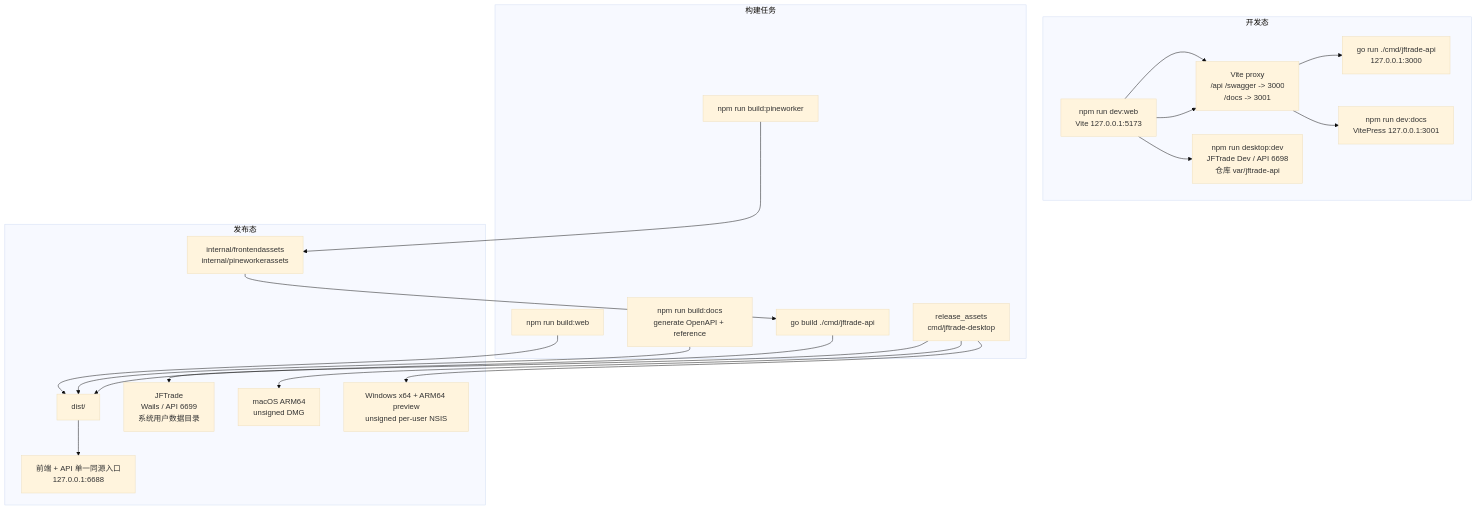
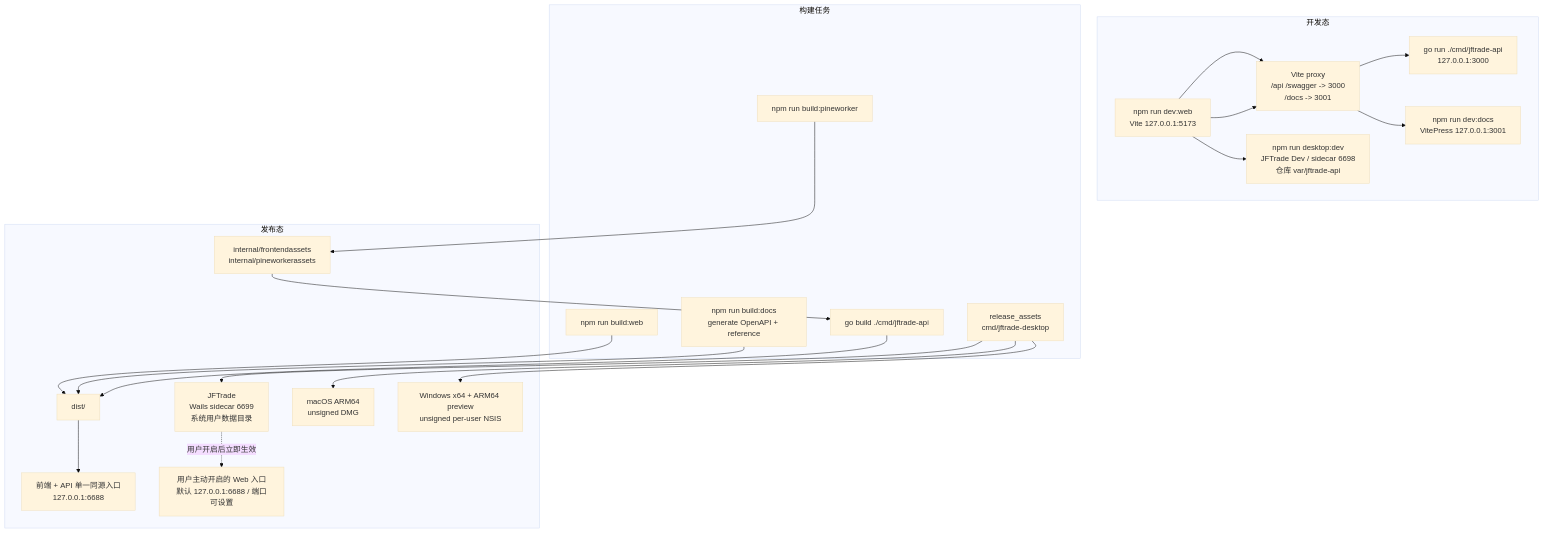
The third of 3 diagrams in docs/architecture-mermaid.md (Dennishaha/JFTrade), drawn with Mermaid (base theme) before and after one commit. The commit also changed other lines of this file and 68 other files, not shown here.

Commit message:
feat: add secure optional web access

````diff
--- a/docs/architecture-mermaid.md
+++ b/docs/architecture-mermaid.md
@@ -204,42 +204,44 @@
 ```mermaid
 flowchart TB
     subgraph Dev["开发态"]
         DevAPI["go run ./cmd/jftrade-api<br/>127.0.0.1:3000"]
         DevWeb["npm run dev:web<br/>Vite 127.0.0.1:5173"]
         DevDocs["npm run dev:docs<br/>VitePress 127.0.0.1:3001"]
         Proxy["Vite proxy<br/>/api /swagger -> 3000<br/>/docs -> 3001"]
-        DesktopDev["npm run desktop:dev<br/>JFTrade Dev / API 6698<br/>仓库 var/jftrade-api"]
+        DesktopDev["npm run desktop:dev<br/>JFTrade Dev / sidecar 6698<br/>仓库 var/jftrade-api"]
     end
 
     subgraph Build["构建任务"]
         BuildWeb["npm run build:web"]
         BuildDocs["npm run build:docs<br/>generate OpenAPI + reference"]
         BuildWorker["npm run build:pineworker"]
         BuildAPI["go build ./cmd/jftrade-api"]
         BuildDesktop["release_assets<br/>cmd/jftrade-desktop"]
     end
 
     subgraph Release["发布态"]
         Dist["dist/"]
         GUI["前端 + API 单一同源入口<br/>127.0.0.1:6688"]
         EmbeddedAssets["internal/frontendassets<br/>internal/pineworkerassets"]
-        DesktopProduct["JFTrade<br/>Wails / API 6699<br/>系统用户数据目录"]
+        DesktopProduct["JFTrade<br/>Wails sidecar 6699<br/>系统用户数据目录"]
+        OptionalWeb["用户主动开启的 Web 入口<br/>默认 127.0.0.1:6688 / 端口可设置"]
         MacDMG["macOS ARM64<br/>unsigned DMG"]
         WinNSIS["Windows x64 + ARM64 preview<br/>unsigned per-user NSIS"]
     end
 
     DevWeb --> Proxy --> DevAPI
     DevWeb --> Proxy --> DevDocs
     DevWeb --> DesktopDev
 
     BuildWeb --> Dist
     BuildDocs --> Dist
     BuildWorker --> EmbeddedAssets
     BuildAPI --> Dist
     BuildDesktop --> MacDMG
     BuildDesktop --> WinNSIS
     BuildDesktop --> DesktopProduct
+    DesktopProduct -. 用户开启后立即生效 .-> OptionalWeb
     EmbeddedAssets --> BuildAPI
 
     Dist --> GUI
 ```
````
